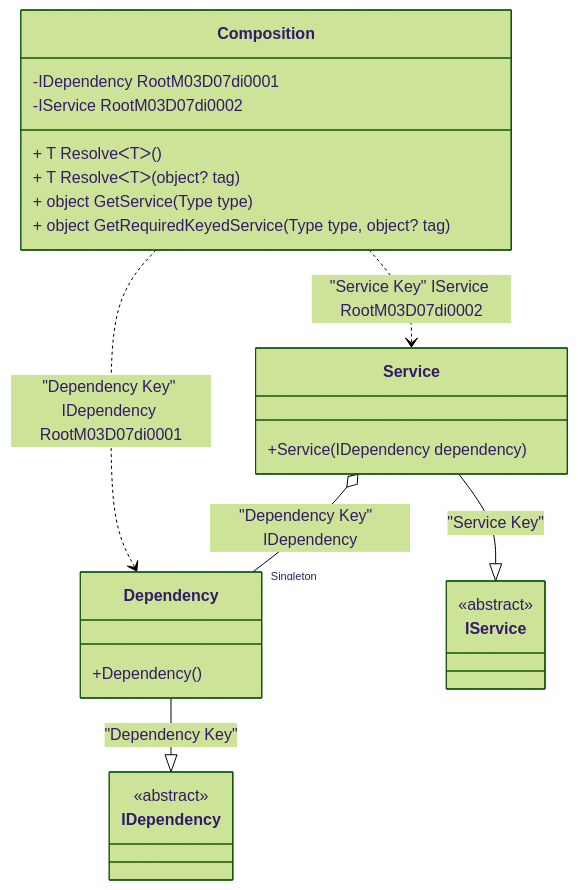
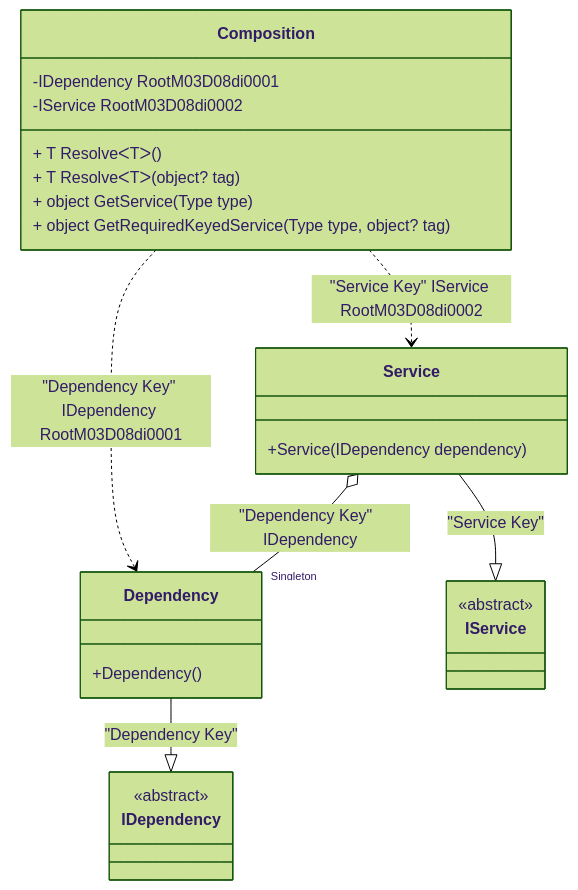
One commit to DevTeam/Pure.DI changed the diagram in readme/keyed-service-provider.md. Above: the diagram before and after it, drawn with Mermaid (forest theme). The commit also changed other lines of this file and 71 other files, not shown here.

````diff
--- a/readme/keyed-service-provider.md
+++ b/readme/keyed-service-provider.md
@@ -50,28 +50,28 @@
 ```mermaid
 classDiagram
   class Composition {
-    -IDependency RootM03D07di0001
-    -IService RootM03D07di0002
+    -IDependency RootM03D08di0001
+    -IService RootM03D08di0002
     + T ResolveᐸTᐳ()
     + T ResolveᐸTᐳ(object? tag)
     + object GetService(Type type)
     + object GetRequiredKeyedService(Type type, object? tag)
   }
   Dependency --|> IDependency : "Dependency Key" 
   class Dependency {
     +Dependency()
   }
   Service --|> IService : "Service Key" 
   class Service {
     +Service(IDependency dependency)
   }
   class IDependency {
     <<abstract>>
   }
   class IService {
     <<abstract>>
   }
   Service o--  "Singleton" Dependency : "Dependency Key"  IDependency
-  Composition ..> Dependency : "Dependency Key" IDependency RootM03D07di0001
-  Composition ..> Service : "Service Key" IService RootM03D07di0002
+  Composition ..> Dependency : "Dependency Key" IDependency RootM03D08di0001
+  Composition ..> Service : "Service Key" IService RootM03D08di0002
 ```
````
